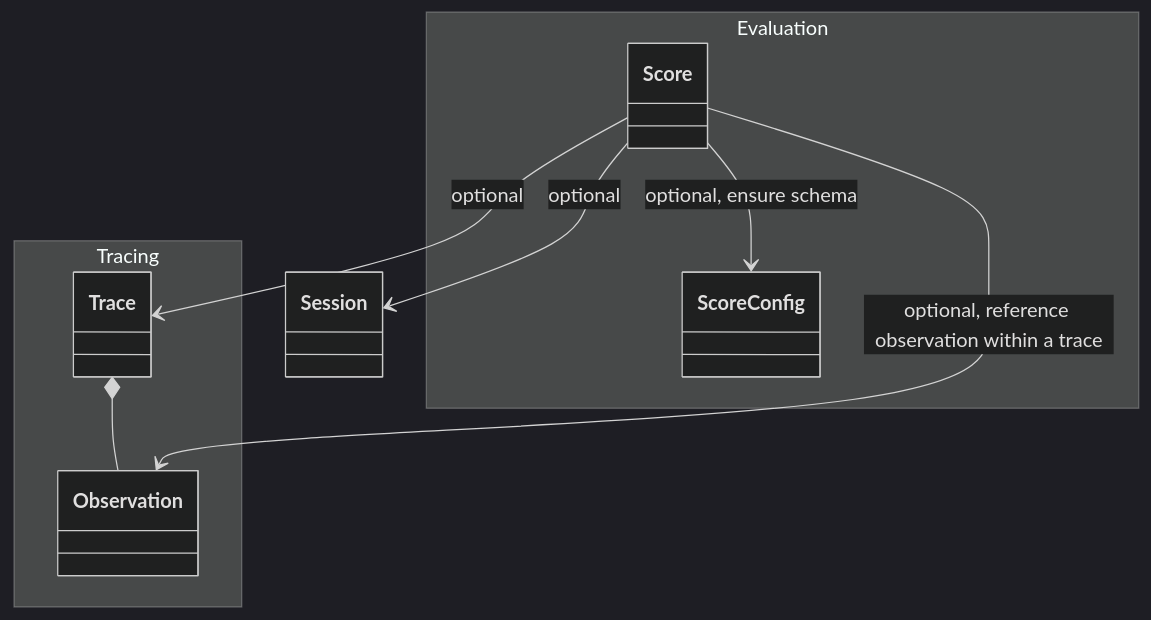
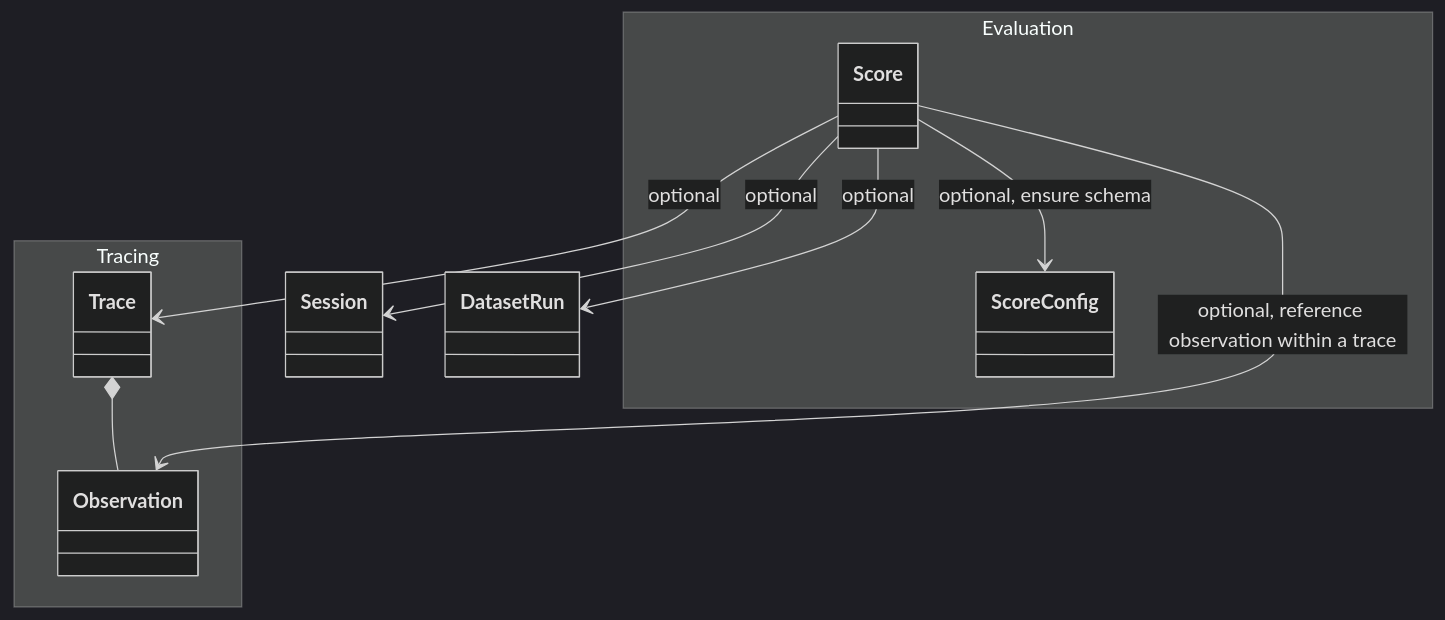
The diagram in pages/docs/scores/data-model.mdx (langfuse/langfuse-docs), drawn with Mermaid (dark theme) before and after one commit. The commit also changed other lines of this file and 1 other file, not shown here.

Commit message:
docs: add run level scores

````diff
--- a/pages/docs/scores/data-model.mdx
+++ b/pages/docs/scores/data-model.mdx
@@ -23,18 +23,19 @@
 ```mermaid
 classDiagram
   namespace Evaluation {
     class Score
     class ScoreConfig
   }
 
   namespace Tracing {
     class Trace
     class Observation
   }
 
   Trace *-- Observation
   Score --> Session : optional
+  Score --> DatasetRun : optional
   Score --> Trace : optional
   Score --> Observation : optional, reference observation within a trace
   Score --> ScoreConfig : optional, ensure schema
 ```
````
